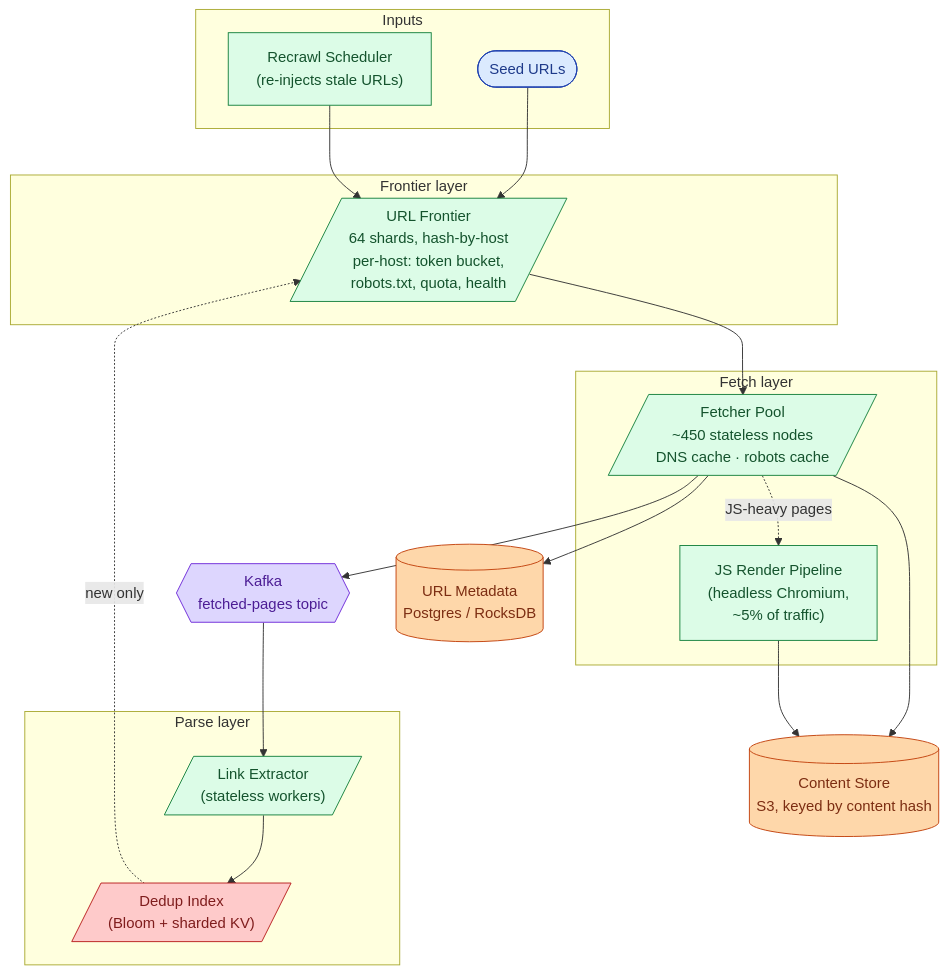
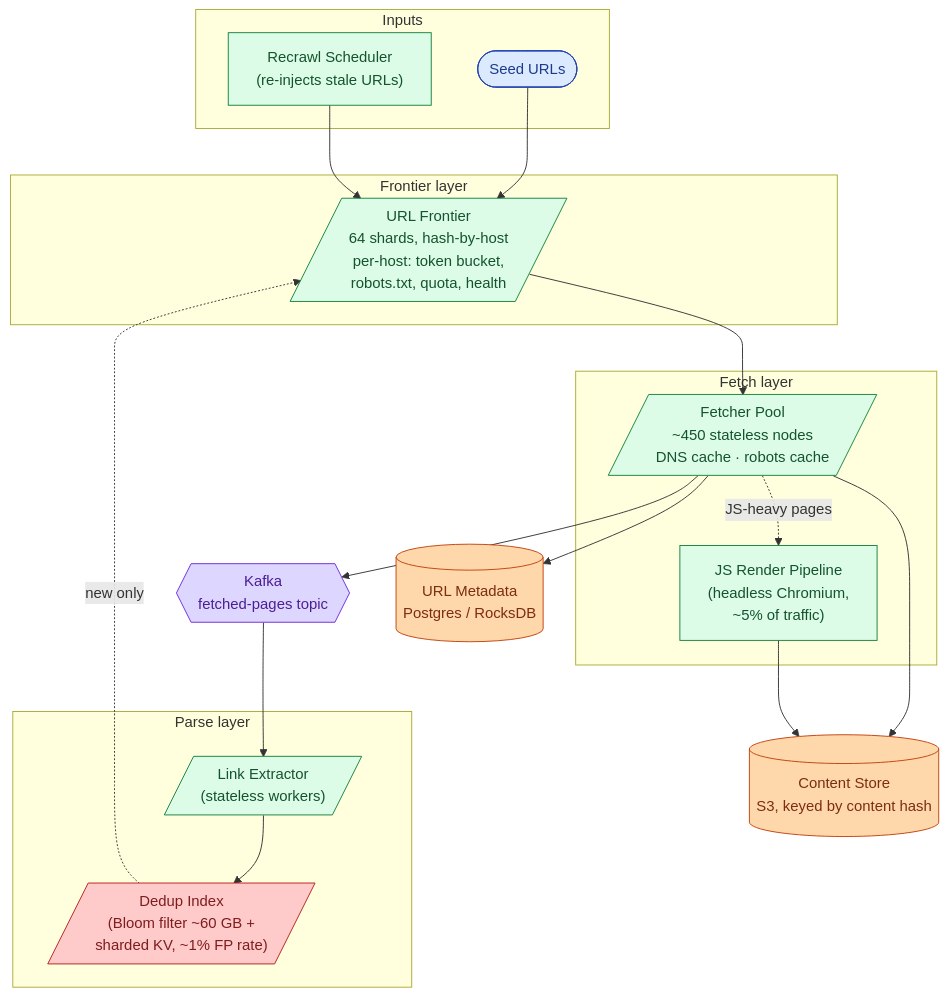
The seventh of 9 diagrams in problems/008-web-crawler/question.md (shiningflash/system-design), drawn with Mermaid before and after one commit. The commit also changed other lines of this file and 37 other files, not shown here.

````diff
--- a/problems/008-web-crawler/question.md
+++ b/problems/008-web-crawler/question.md
@@ -333,44 +302,44 @@
 ```mermaid
 flowchart TB
-    subgraph Seeds["Inputs"]
+    subgraph Inputs["Inputs"]
         S([Seed URLs]):::user
-        R["Recrawl Scheduler<br/>(re-injects stale URLs)"]:::app
+        RS["Recrawl Scheduler<br/>(re-injects stale URLs)"]:::app
     end
 
-    subgraph Frontier["Frontier layer"]
+    subgraph FrontierLayer["Frontier layer"]
         F[/"URL Frontier<br/>64 shards, hash-by-host<br/>per-host: token bucket,<br/>robots.txt, quota, health"/]:::app
     end
 
-    subgraph Fetch["Fetch layer"]
+    subgraph FetchLayer["Fetch layer"]
         W[/"Fetcher Pool<br/>~450 stateless nodes<br/>DNS cache · robots cache"/]:::app
         JS["JS Render Pipeline<br/>(headless Chromium,<br/>~5% of traffic)"]:::app
     end
 
     K{{"Kafka<br/>fetched-pages topic"}}:::queue
 
-    subgraph Parse["Parse layer"]
+    subgraph ParseLayer["Parse layer"]
         P[/"Link Extractor<br/>(stateless workers)"/]:::app
-        D[/"Dedup Index<br/>(Bloom + sharded KV)"/]:::cache
+        D[/"Dedup Index<br/>(Bloom filter ~60 GB +<br/>sharded KV, ~1% FP rate)"/]:::cache
     end
 
     Store[("Content Store<br/>S3, keyed by content hash")]:::db
     Meta[("URL Metadata<br/>Postgres / RocksDB")]:::db
 
     S --> F
-    R --> F
+    RS --> F
     F --> W
     W --> Store
     W --> Meta
     W -.JS-heavy pages.-> JS
     JS --> Store
     W --> K
     K --> P
     P --> D
     D -.new only.-> F
 
     classDef user fill:#dbeafe,stroke:#1e40af,color:#1e3a8a
     classDef app fill:#dcfce7,stroke:#15803d,color:#14532d
     classDef db fill:#fed7aa,stroke:#c2410c,color:#7c2d12
     classDef cache fill:#fecaca,stroke:#b91c1c,color:#7f1d1d
     classDef queue fill:#ddd6fe,stroke:#6d28d9,color:#4c1d95
 ```
````
